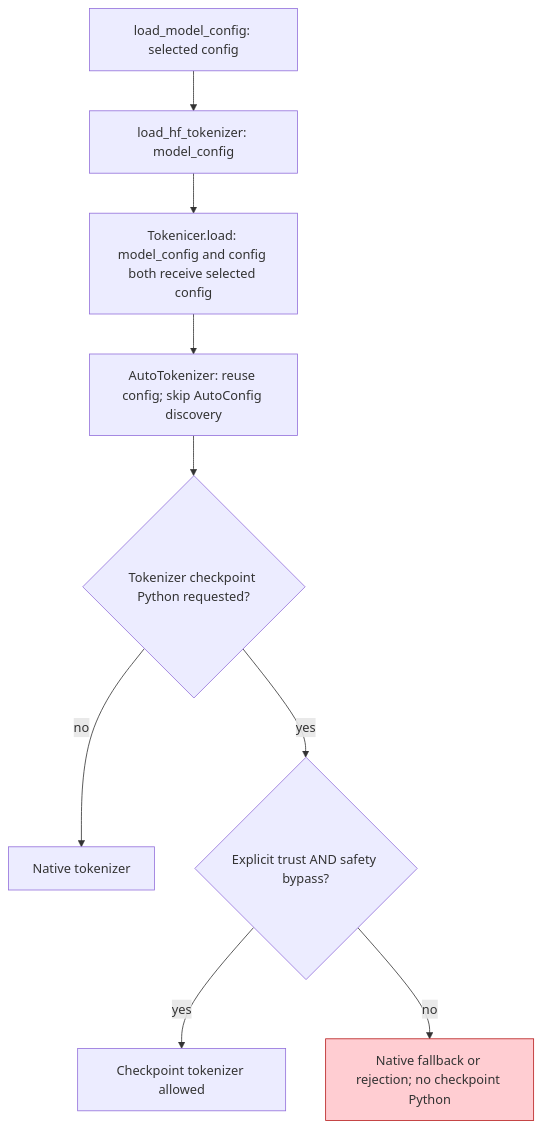
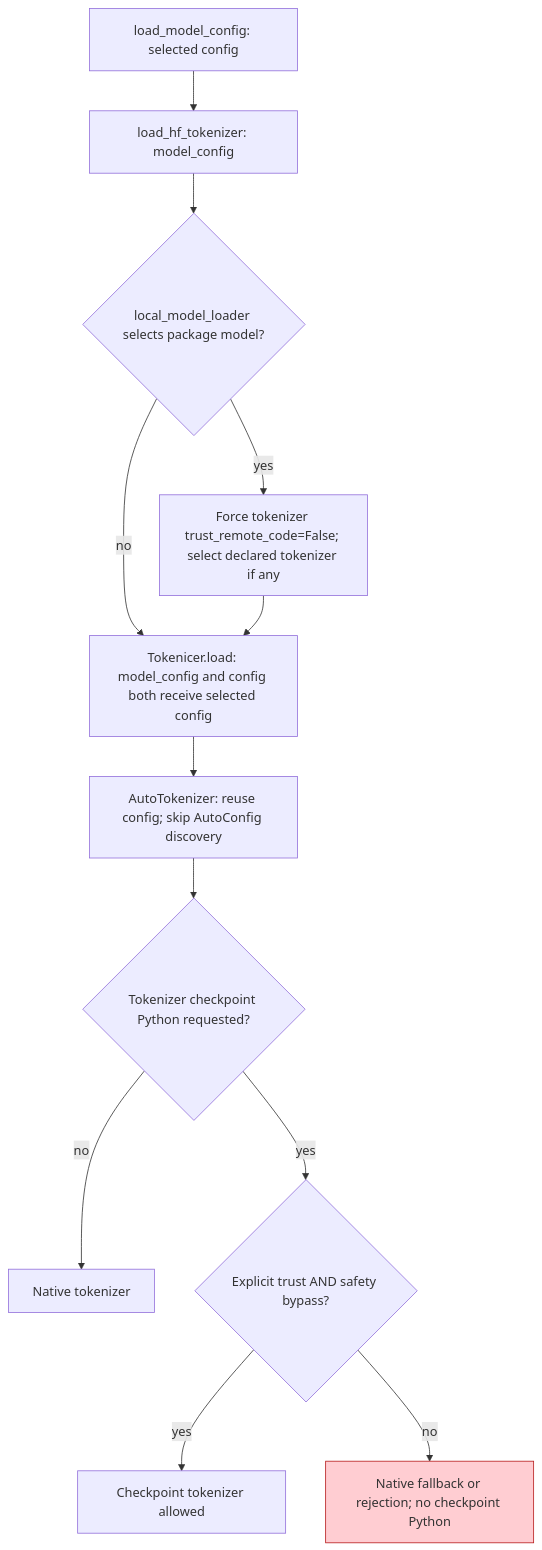
One commit to ModelCloud/GPTQModel changed the second of 3 diagrams in docs/trust-remote-code-isolation.md. Above: the diagram before and after it, drawn with Mermaid. The commit also changed other lines of this file and 2 other files, not shown here.

Commit message:
Deny checkpoint tokenizer Python for every package-owned model

````diff
--- a/docs/trust-remote-code-isolation.md
+++ b/docs/trust-remote-code-isolation.md
@@ -49,12 +49,15 @@
 ```mermaid
 flowchart TD
     A["load_model_config: selected config"] --> B["load_hf_tokenizer: model_config"]
-    B --> C["Tokenicer.load: model_config and config both receive selected config"]
+    B --> J{"local_model_loader selects package model?"}
+    J -- yes --> K["Force tokenizer trust_remote_code=False; select declared tokenizer if any"]
+    J -- no --> C
+    K --> C["Tokenicer.load: model_config and config both receive selected config"]
     C --> D["AutoTokenizer: reuse config; skip AutoConfig discovery"]
     D --> E{"Tokenizer checkpoint Python requested?"}
     E -- no --> F["Native tokenizer"]
     E -- yes --> G{"Explicit trust AND safety bypass?"}
     G -- yes --> H["Checkpoint tokenizer allowed"]
     G -- no --> I["Native fallback or rejection; no checkpoint Python"]
     style I fill:#ffcdd2,stroke:#b71c1c
 ```
````
